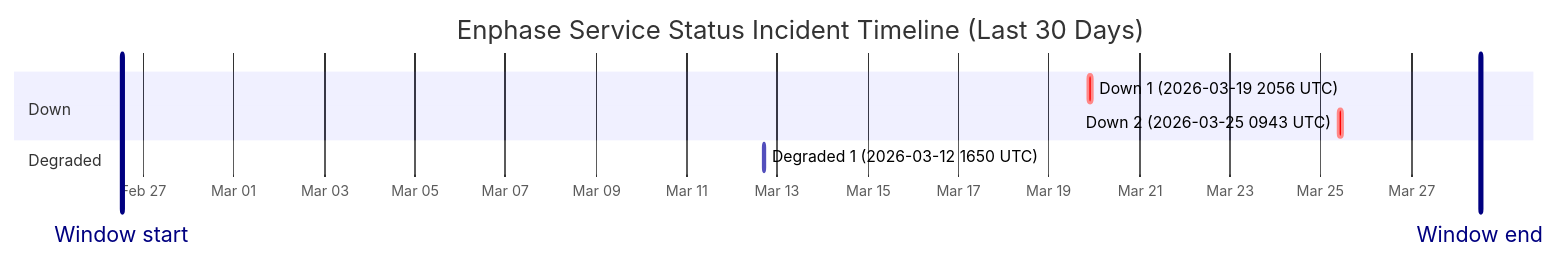
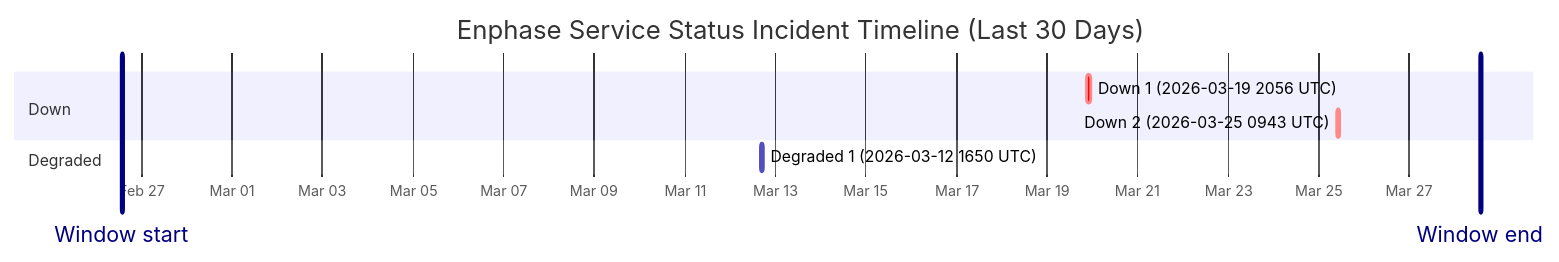
Before and after one commit to barneyonline/ha-enphase-ev-charger: the diagram in wiki/Service-Status-History.md, drawn with Mermaid. The commit also changed other lines of this file and 3 other files, not shown here.

````diff
--- a/wiki/Service-Status-History.md
+++ b/wiki/Service-Status-History.md
@@ -14,13 +14,13 @@
 ```mermaid
 gantt
     title Enphase Service Status Incident Timeline (Last 30 Days)
     dateFormat  YYYY-MM-DDTHH:mm:ss
     axisFormat  %b %d
-    Window start :vert, window-start, 2026-02-26T12:33:48, 0ms
-    Window end :vert, window-end, 2026-03-28T12:33:48, 0ms
+    Window start :vert, window-start, 2026-02-26T13:43:23, 0ms
+    Window end :vert, window-end, 2026-03-28T13:43:23, 0ms
     section Down
     Down 1 (2026-03-19 2056 UTC) :crit, down-1, 2026-03-19T20:56:20, 145m
     Down 2 (2026-03-25 0943 UTC) :crit, down-2, 2026-03-25T09:43:28, 111m
     section Degraded
     Degraded 1 (2026-03-12 1650 UTC) :active, degraded-1, 2026-03-12T16:50:43, 60m
 ```
````
